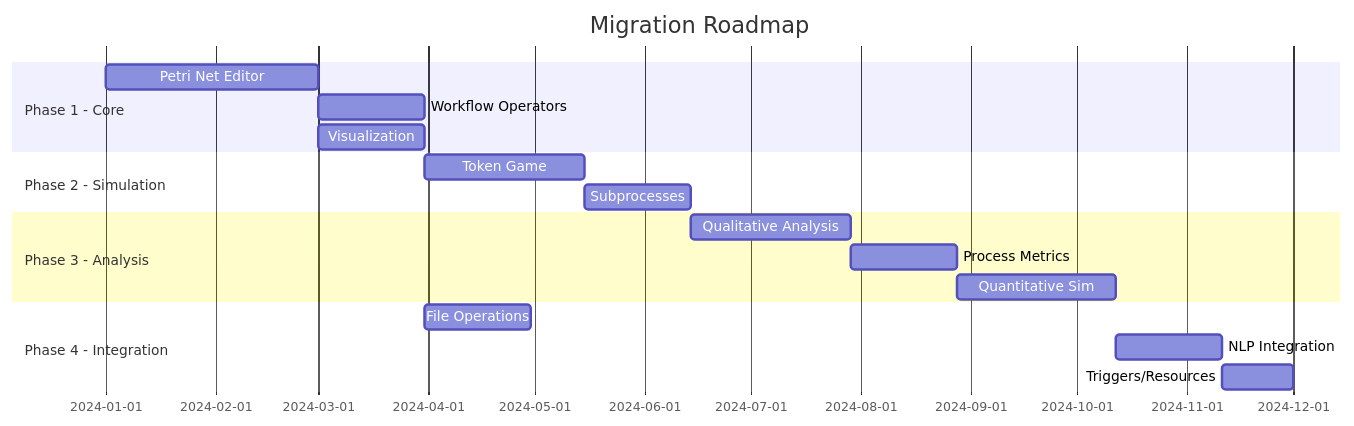
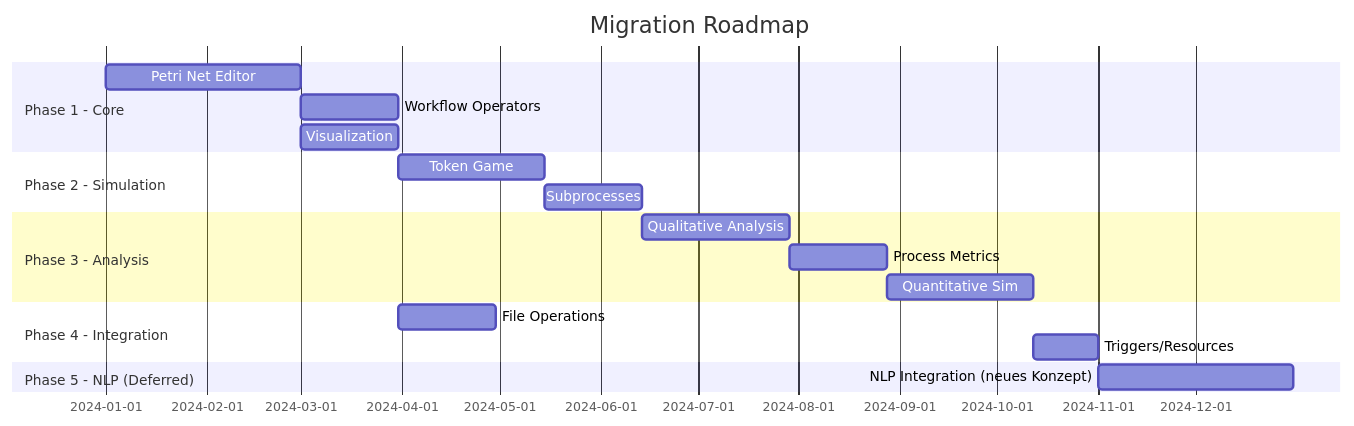
One commit to woped/woped-next changed the third of 4 diagrams in docs/migration/00-migration-overview.md. Above: the diagram before and after it, drawn with Mermaid. The commit also changed other lines of this file and 53 other files, not shown here.

````diff
--- a/docs/migration/00-migration-overview.md
+++ b/docs/migration/00-migration-overview.md
@@ -52,20 +52,21 @@
 ```mermaid
 gantt
     title Migration Roadmap
     dateFormat YYYY-MM-DD
     section Phase 1 - Core
         Petri Net Editor      :p1, 2024-01-01, 60d
         Workflow Operators    :p2, after p1, 30d
         Visualization         :p3, after p1, 30d
     section Phase 2 - Simulation
         Token Game            :p4, after p2, 45d
         Subprocesses          :p5, after p4, 30d
     section Phase 3 - Analysis
         Qualitative Analysis  :p6, after p5, 45d
         Process Metrics       :p7, after p6, 30d
         Quantitative Sim      :p8, after p7, 45d
     section Phase 4 - Integration
         File Operations       :p9, after p3, 30d
-        NLP Integration       :p10, after p8, 30d
-        Triggers/Resources    :p11, after p10, 20d
+        Triggers/Resources    :p11, after p8, 20d
+    section Phase 5 - NLP (Deferred)
+        NLP Integration (neues Konzept) :p10, after p11, 60d
 ```
````
